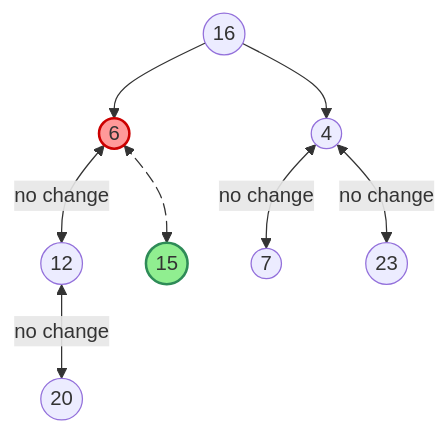
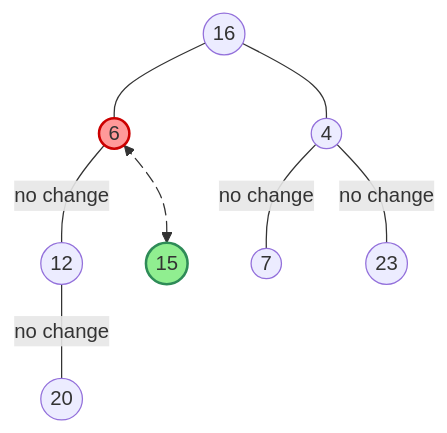
Before and after one commit to ruslylove/datastruct: diagram 14 of 17 in lectures/lect-11-Heap.md, drawn with Mermaid. The commit also changed other lines of this file, not shown here.

Commit message:
update diagram and bottom-up heap theorem.

````diff
--- a/lectures/lect-11-Heap.md
+++ b/lectures/lect-11-Heap.md
@@ -459,13 +459,13 @@
 ```mermaid {scale: 0.8}
 graph TD
-    A((16)) --> B((6))
-    A --> C((4))
-    B <-- no change --> D((12))
+    A((16)) --- B((6))
+    A --- C((4))
+    B -- no change --- D((12))
     B e1@<--> E((15))
-    C <-- no change --> F((7))
-    C <-- no change --> G((23))
-    D <-- no change --> H((20))
+    C -- no change --- F((7))
+    C -- no change --- G((23))
+    D -- no change --- H((20))
     style B fill:#f99,stroke:#c00,stroke-width:2px
     style E fill:#90EE90,stroke:#2E8B57,stroke-width:2px
     e1@{ animate : true }
 ```
````
